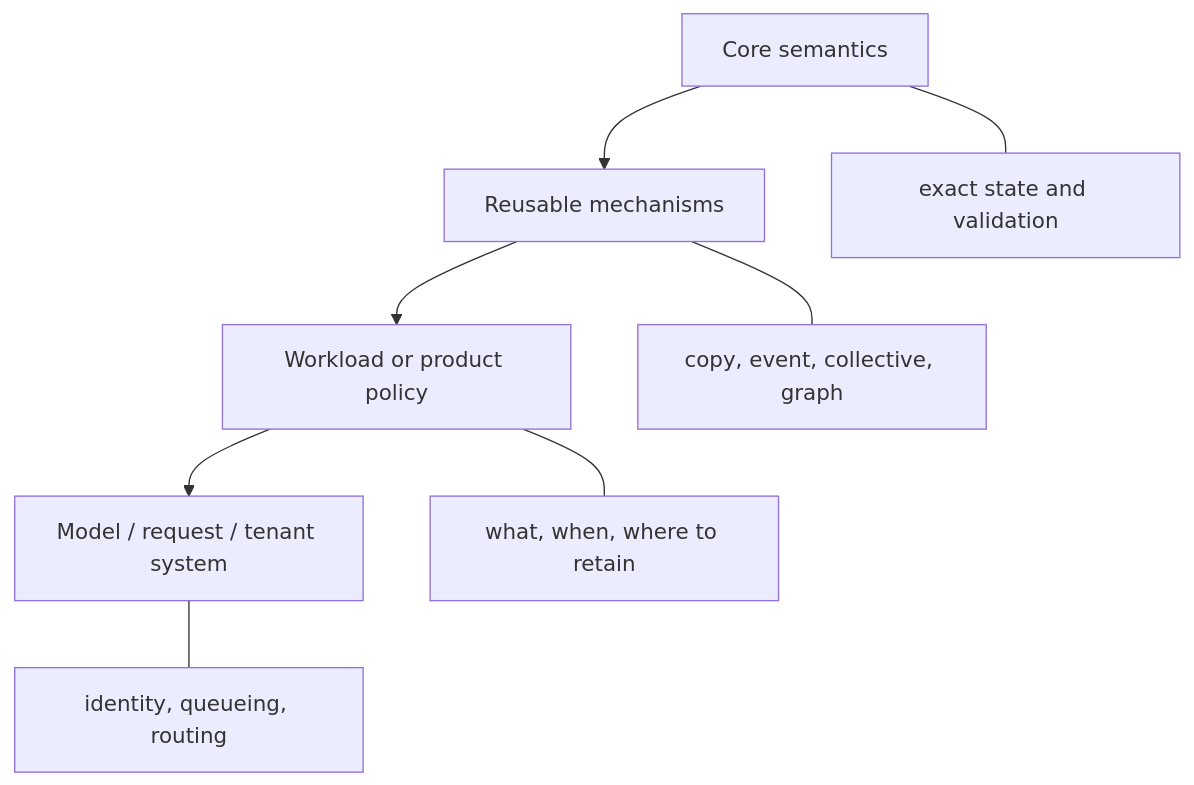
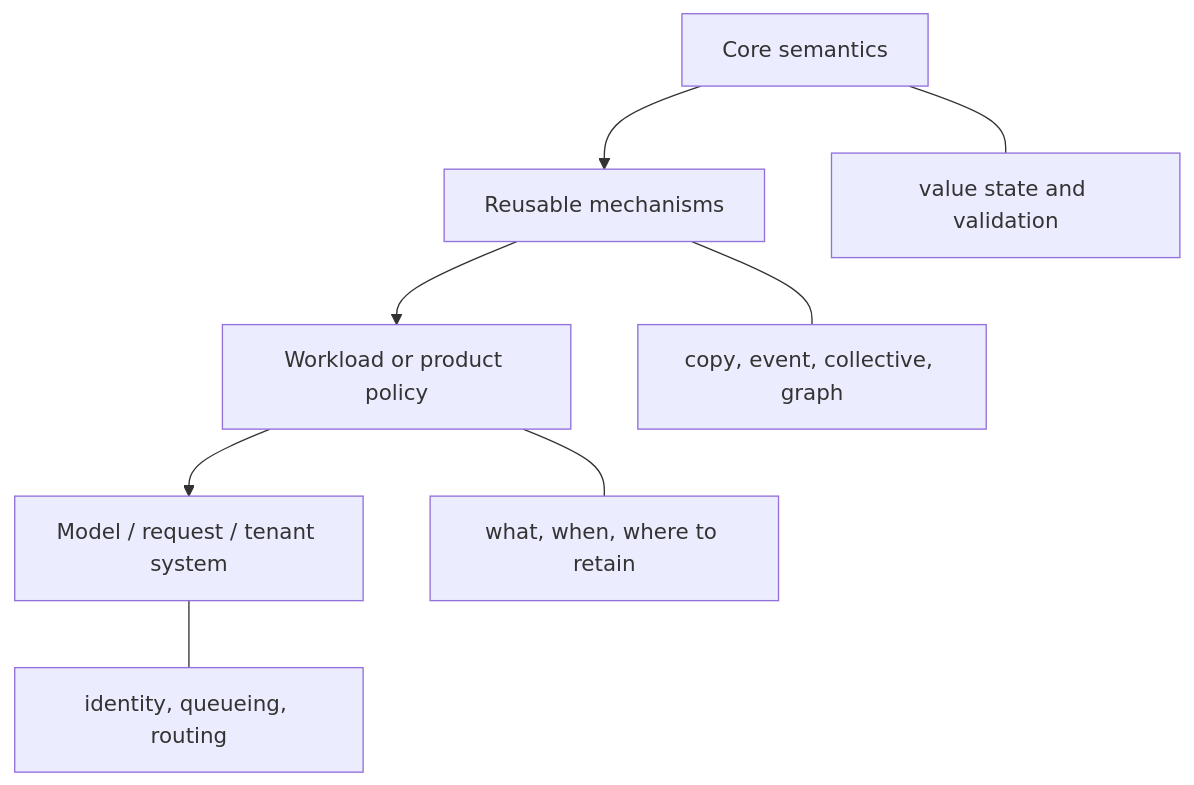
Before and after one commit to visualDust/fhelium: the second of 3 diagrams in docs/concepts/architecture/ownership-and-responsibilities.md, drawn with Mermaid. The commit also changed other lines of this file and 222 other files, not shown here.

````diff
--- a/docs/concepts/architecture/ownership-and-responsibilities.md
+++ b/docs/concepts/architecture/ownership-and-responsibilities.md
@@ -83,14 +83,14 @@
 ```mermaid
 graph TB
     CORE[Core semantics]
     MECH[Reusable mechanisms]
     POLICY[Workload or product policy]
     PRODUCT[Model / request / tenant system]
 
     CORE --> MECH --> POLICY --> PRODUCT
 
-    CORE --- A[exact state and validation]
+    CORE --- A[value state and validation]
     MECH --- B[copy, event, collective, graph]
     POLICY --- C[what, when, where to retain]
     PRODUCT --- D[identity, queueing, routing]
 ```
````
